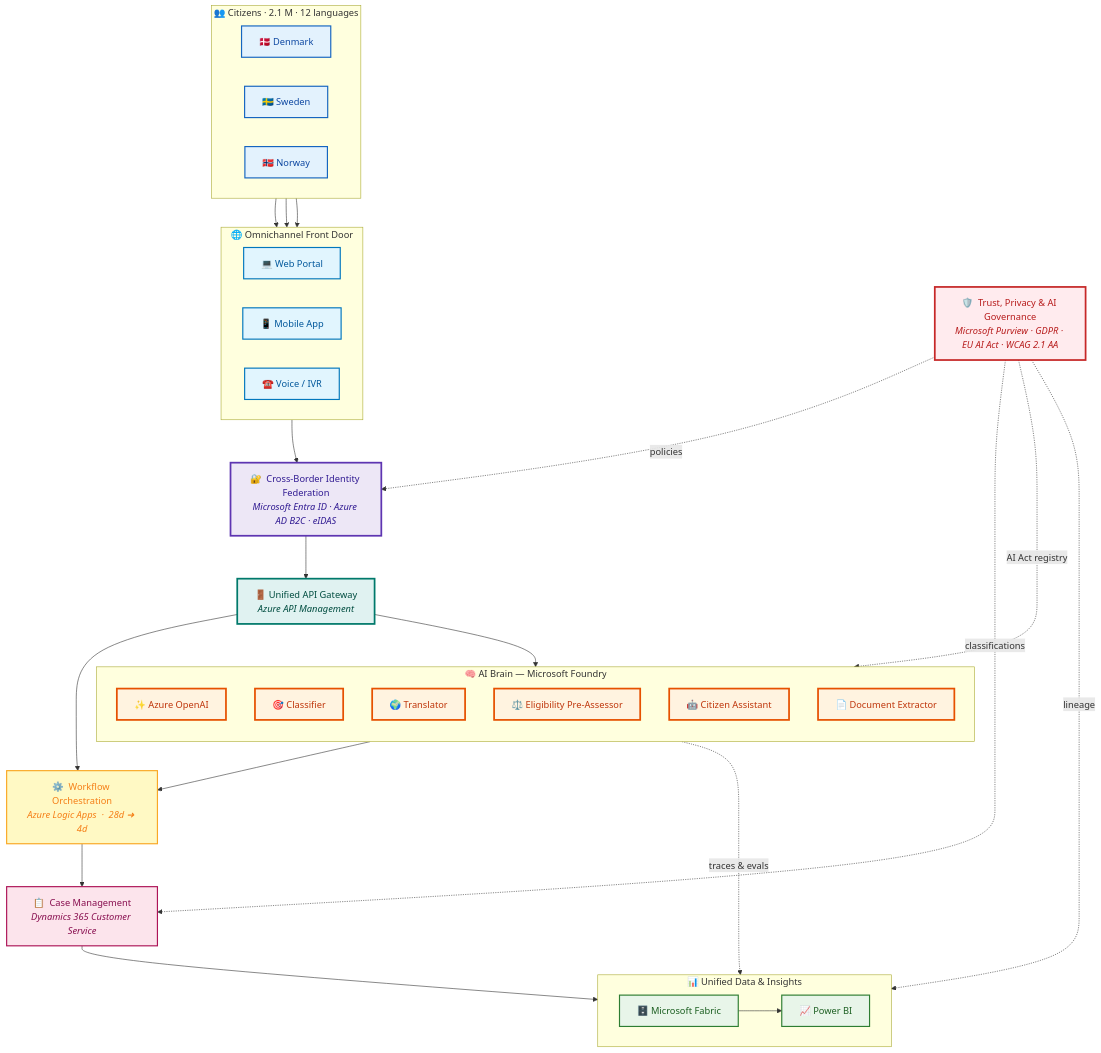
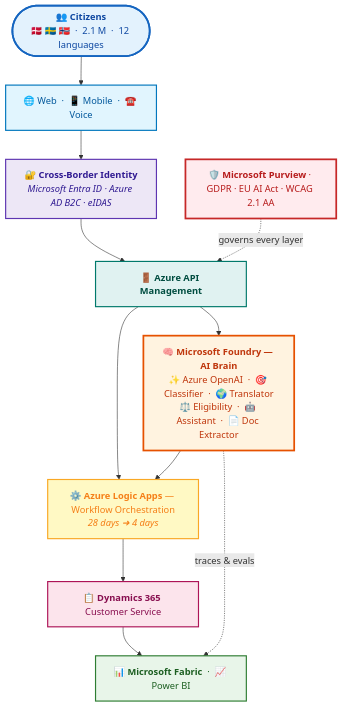
One commit to fredgis/UDCSP changed the second of 2 diagrams in README.md. Above: the diagram before and after it, drawn with Mermaid. The commit also changed other lines of this file and 2 other files, not shown here.

Commit message:
Add A16 installer agent and tighten README diagrams
- README: more compact 'Before vs After' (shorter labels) and 'Simplified Architecture' (single-node-per-layer flow with embellished styling, no nested subgraphs)
- README: new 'Built by an Agent Swarm' section highlighting A15 (synthetic data DK/SE/NO x 12 languages) and A16 (one-shot PowerShell installer)
- README: scripts/install row in repository layout, eval-matrix row 18 for installable platform, Operators/DevOps row in navigation, agent count 16 -> 17
- plan.md: A16 profile added; phasing W4 now A14+A16; master DAG updated with A16 deps; Wave 4 sub-diagram added; full A16 work package (T1-T10); risk R13 (installer drift)
- architecture.md: new section 15 Deployment & Developer Experience with installer principles, dev onboarding, mermaid diagram of the install flow
- Coverage re-check: all case-study items still mapped (rows 1-18)

````diff
--- a/README.md
+++ b/README.md
@@ -59,80 +57,30 @@
 ```mermaid
 graph TB
-    subgraph CITIZENS["👥  Citizens · 2.1 M · 12 languages"]
-        direction LR
-        DK["🇩🇰 Denmark"]
-        SE["🇸🇪 Sweden"]
-        NO["🇳🇴 Norway"]
-    end
+    C(["👥 <b>Citizens</b><br/>🇩🇰 🇸🇪 🇳🇴  ·  2.1 M  ·  12 languages"]):::citizens
+    CH["🌐 Web &nbsp;·&nbsp; 📱 Mobile &nbsp;·&nbsp; ☎️ Voice"]:::channels
+    ID["🔐 <b>Cross-Border Identity</b><br/><i>Microsoft Entra ID · Azure AD B2C · eIDAS</i>"]:::identity
+    GW["🚪 <b>Azure API Management</b>"]:::gateway
+    AI["🧠 <b>Microsoft Foundry — AI Brain</b><br/>✨ Azure OpenAI &nbsp;·&nbsp; 🎯 Classifier &nbsp;·&nbsp; 🌍 Translator<br/>⚖️ Eligibility &nbsp;·&nbsp; 🤖 Assistant &nbsp;·&nbsp; 📄 Doc Extractor"]:::ai
+    WF["⚙️ <b>Azure Logic Apps</b> — Workflow Orchestration<br/><i>28 days ➜ 4 days</i>"]:::workflow
+    CM["📋 <b>Dynamics 365</b> Customer Service"]:::cases
+    DT["📊 <b>Microsoft Fabric</b> &nbsp;·&nbsp; 📈 Power BI"]:::data
+    GV["🛡️ <b>Microsoft Purview</b> · GDPR · EU AI Act · WCAG 2.1 AA"]:::gov
 
-    subgraph CHANNELS["🌐  Omnichannel Front Door"]
-        direction LR
-        WEB["💻 Web Portal"]
-        MOB["📱 Mobile App"]
-        VOICE["☎️ Voice / IVR"]
-    end
+    C --> CH --> ID --> GW
+    GW --> AI
+    GW --> WF
+    AI --> WF
+    WF --> CM --> DT
+    AI -. traces & evals .-> DT
+    GV -. governs every layer .-> GW
 
-    IDENTITY["🔐  Cross-Border Identity Federation<br/><i>Microsoft Entra ID · Azure AD B2C · eIDAS</i>"]
-
-    GATEWAY["🚪  Unified API Gateway<br/><i>Azure API Management</i>"]
-
-    subgraph BRAIN["🧠  AI Brain — Microsoft Foundry"]
-        direction TB
-        AOAI["✨ Azure OpenAI"]
-        FCLASS["🎯 Classifier"]
-        FTRANS["🌍 Translator"]
-        FELIG["⚖️ Eligibility Pre-Assessor"]
-        FASSIST["🤖 Citizen Assistant"]
-        FDOC["📄 Document Extractor"]
-    end
-
-    WORKFLOW["⚙️  Workflow Orchestration<br/><i>Azure Logic Apps  ·  28d ➜ 4d</i>"]
-
-    CASES["📋  Case Management<br/><i>Dynamics 365 Customer Service</i>"]
-
-    subgraph DATA["📊  Unified Data & Insights"]
-        direction LR
-        FABRIC["🗄️ Microsoft Fabric"]
-        PBI["📈 Power BI"]
-    end
-
-    GOVERNANCE["🛡️  Trust, Privacy & AI Governance<br/><i>Microsoft Purview · GDPR · EU AI Act · WCAG 2.1 AA</i>"]
-
-    DK --> CHANNELS
-    SE --> CHANNELS
-    NO --> CHANNELS
-    CHANNELS --> IDENTITY
-    IDENTITY --> GATEWAY
-    GATEWAY --> BRAIN
-    GATEWAY --> WORKFLOW
-    BRAIN --> WORKFLOW
-    WORKFLOW --> CASES
-    CASES --> FABRIC
-    FABRIC --> PBI
-    BRAIN -. traces & evals .-> FABRIC
-
-    GOVERNANCE -. policies .-> IDENTITY
-    GOVERNANCE -. AI Act registry .-> BRAIN
-    GOVERNANCE -. classifications .-> CASES
-    GOVERNANCE -. lineage .-> FABRIC
-
-    classDef citizens fill:#E3F2FD,stroke:#1565C0,stroke-width:2px,color:#0D47A1
+    classDef citizens fill:#E3F2FD,stroke:#1565C0,stroke-width:3px,color:#0D47A1
     classDef channels fill:#E1F5FE,stroke:#0277BD,stroke-width:2px,color:#01579B
-    classDef identity fill:#EDE7F6,stroke:#5E35B1,stroke-width:3px,color:#311B92
-    classDef gateway fill:#E0F2F1,stroke:#00796B,stroke-width:3px,color:#004D40
+    classDef identity fill:#EDE7F6,stroke:#5E35B1,stroke-width:2px,color:#311B92
+    classDef gateway fill:#E0F2F1,stroke:#00796B,stroke-width:2px,color:#004D40
     classDef ai fill:#FFF3E0,stroke:#E65100,stroke-width:3px,color:#BF360C
     classDef workflow fill:#FFF9C4,stroke:#F9A825,stroke-width:2px,color:#F57F17
     classDef cases fill:#FCE4EC,stroke:#AD1457,stroke-width:2px,color:#880E4F
     classDef data fill:#E8F5E9,stroke:#2E7D32,stroke-width:2px,color:#1B5E20
-    classDef governance fill:#FFEBEE,stroke:#C62828,stroke-width:3px,color:#B71C1C
-
-    class DK,SE,NO citizens
-    class WEB,MOB,VOICE channels
-    class IDENTITY identity
-    class GATEWAY gateway
-    class AOAI,FCLASS,FTRANS,FELIG,FASSIST,FDOC ai
-    class WORKFLOW workflow
-    class CASES cases
-    class FABRIC,PBI data
-    class GOVERNANCE governance
+    classDef gov fill:#FFEBEE,stroke:#C62828,stroke-width:3px,color:#B71C1C
 ```
````
